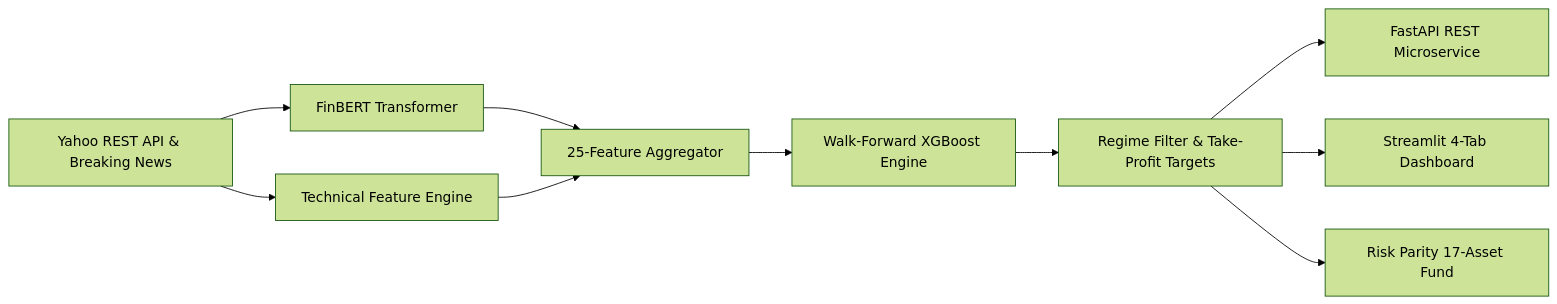
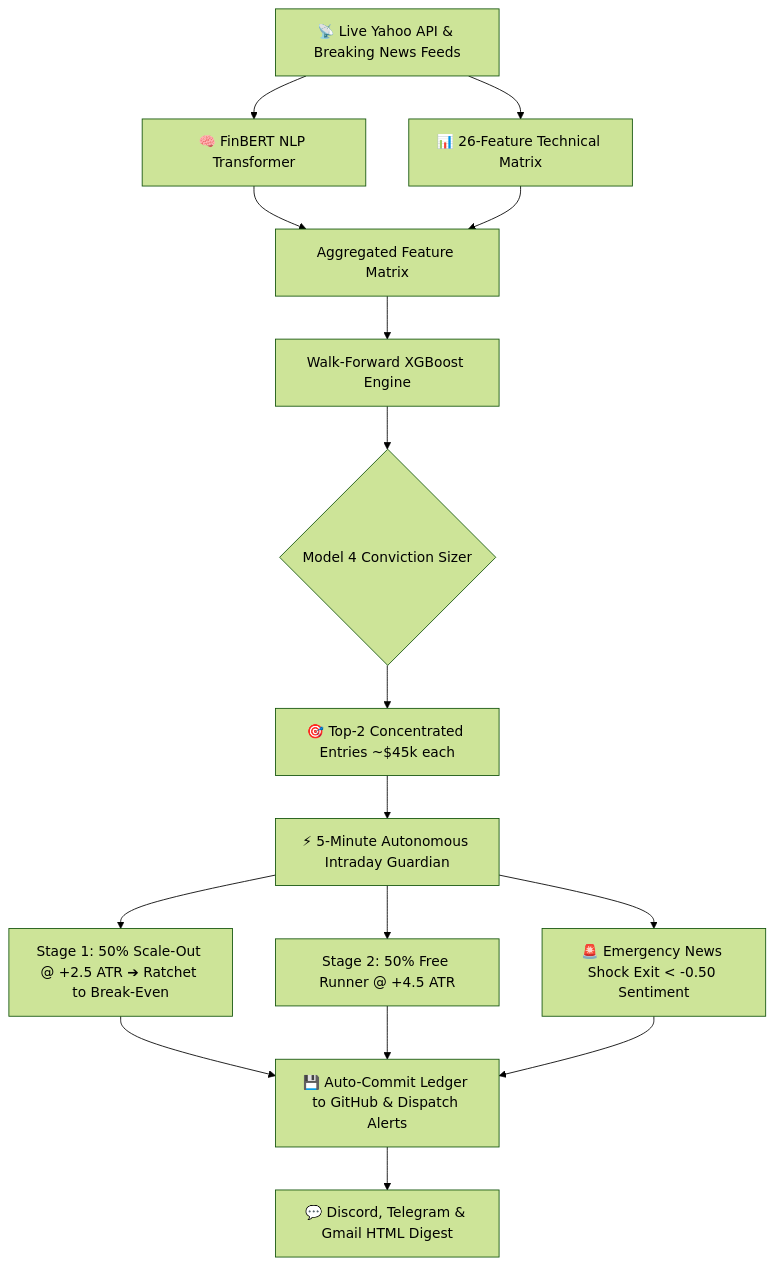
The diagram in README.md (yash6810/Sentilyze), drawn with Mermaid (forest theme) before and after one commit. The commit also changed other lines of this file, not shown here.

````diff
--- a/README.md
+++ b/README.md
@@ -26,12 +30,18 @@
 ```mermaid
-graph LR
-    A[Yahoo REST API & Breaking News] --> B[FinBERT Transformer]
-    A --> C[Technical Feature Engine]
-    B --> D[25-Feature Aggregator]
+graph TD
+    A[📡 Live Yahoo API & Breaking News Feeds] --> B[🧠 FinBERT NLP Transformer]
+    A --> C[📊 26-Feature Technical Matrix]
+    B --> D[Aggregated Feature Matrix]
     C --> D
     D --> E[Walk-Forward XGBoost Engine]
-    E --> F[Regime Filter & Take-Profit Targets]
-    F --> G[FastAPI REST Microservice]
-    F --> H[Streamlit 4-Tab Dashboard]
-    F --> I[Risk Parity 17-Asset Fund]
+    E --> F{Model 4 Conviction Sizer}
+    F --> G[🎯 Top-2 Concentrated Entries ~$45k each]
+    G --> H[⚡ 5-Minute Autonomous Intraday Guardian]
+    H --> I[Stage 1: 50% Scale-Out @ +2.5 ATR ➔ Ratchet to Break-Even]
+    H --> J[Stage 2: 50% Free Runner @ +4.5 ATR]
+    H --> K[🚨 Emergency News Shock Exit < -0.50 Sentiment]
+    I --> L[💾 Auto-Commit Ledger to GitHub & Dispatch Alerts]
+    J --> L
+    K --> L
+    L --> M[💬 Discord, Telegram & Gmail HTML Digest]
 ```
````
